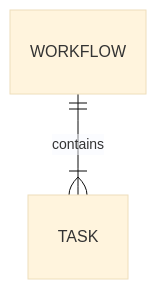
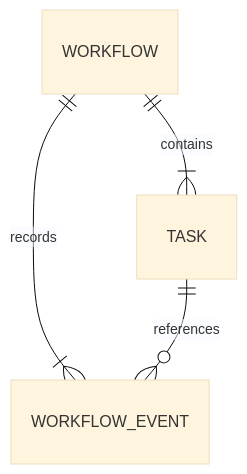
Before and after one commit to knishkarora/Ather-OS: the diagram in docs/03_Database.md, drawn with Mermaid (base theme). The commit also changed other lines of this file and 22 other files, not shown here.

````diff
--- a/docs/03_Database.md
+++ b/docs/03_Database.md
@@ -40,4 +54,6 @@
 ```mermaid
 erDiagram
     WORKFLOW ||--|{ TASK : contains
+    WORKFLOW ||--|{ WORKFLOW_EVENT : records
+    TASK ||--o{ WORKFLOW_EVENT : references
 ```
````
